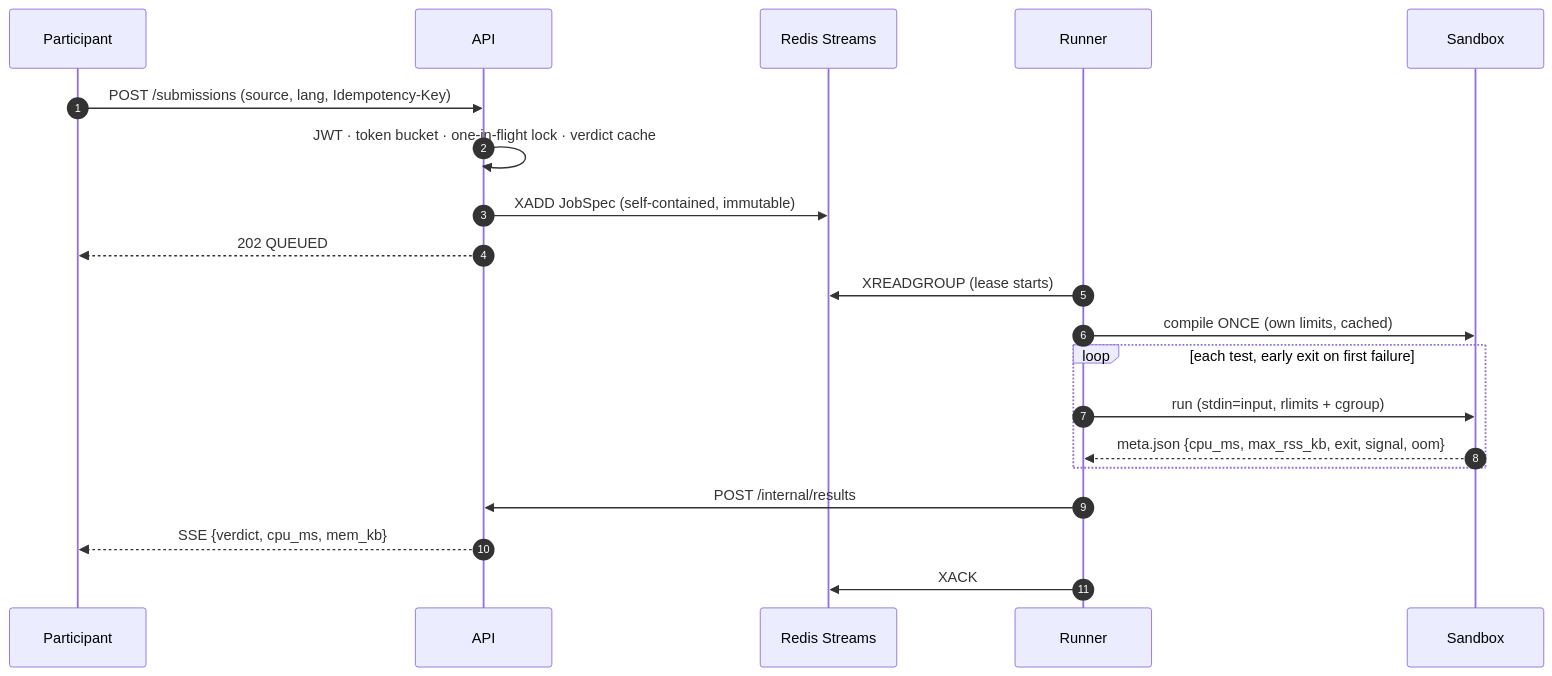
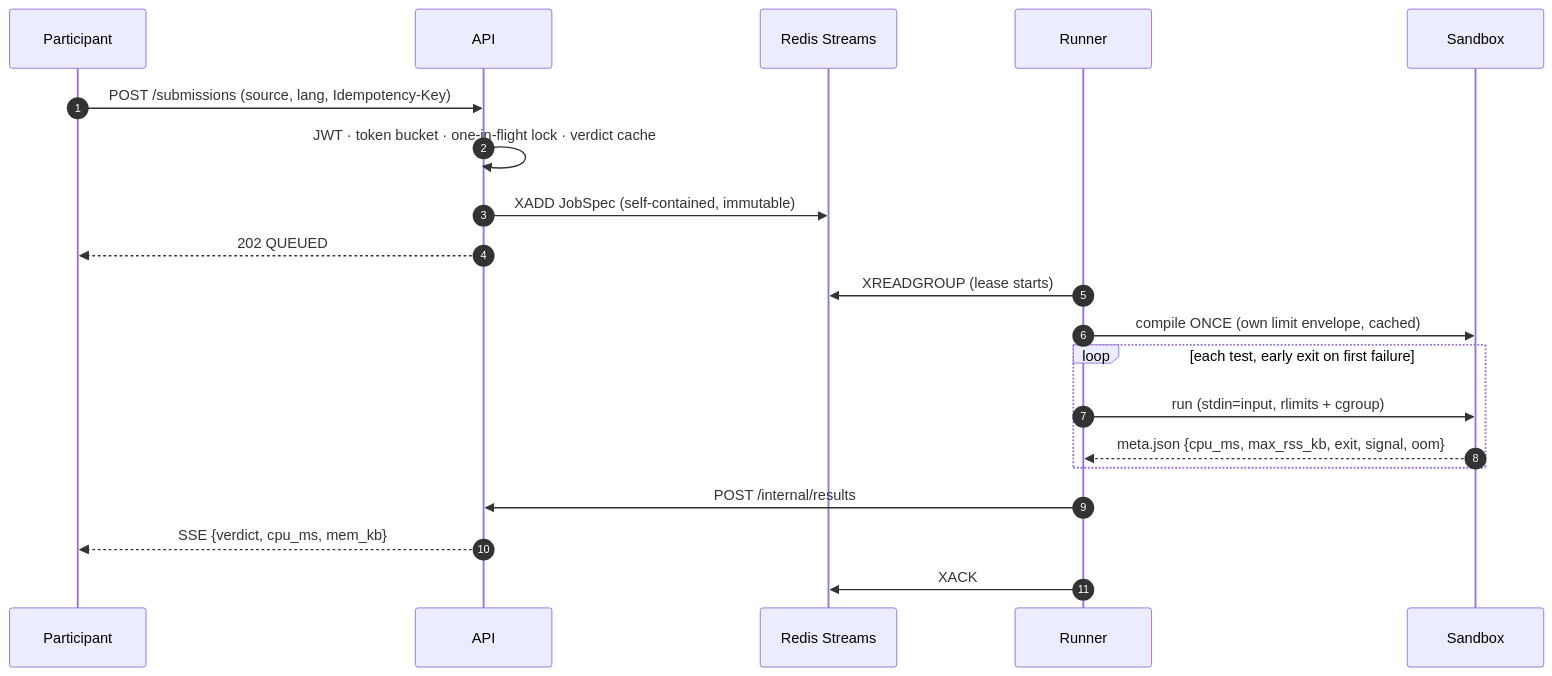
Before and after one commit to AnishPrakash/arena: the second of 4 diagrams in README.md, drawn with Mermaid. The commit also changed other lines of this file and 1 other file, not shown here.

````diff
--- a/README.md
+++ b/README.md
@@ -117,23 +133,23 @@
 ```mermaid
 sequenceDiagram
     autonumber
     participant U as Participant
     participant A as API
     participant Q as Redis Streams
     participant R as Runner
     participant S as Sandbox
 
     U->>A: POST /submissions (source, lang, Idempotency-Key)
     A->>A: JWT · token bucket · one-in-flight lock · verdict cache
     A->>Q: XADD JobSpec (self-contained, immutable)
     A-->>U: 202 QUEUED
     R->>Q: XREADGROUP (lease starts)
-    R->>S: compile ONCE (own limits, cached)
+    R->>S: compile ONCE (own limit envelope, cached)
     loop each test, early exit on first failure
         R->>S: run (stdin=input, rlimits + cgroup)
         S-->>R: meta.json {cpu_ms, max_rss_kb, exit, signal, oom}
     end
     R->>A: POST /internal/results
     A-->>U: SSE {verdict, cpu_ms, mem_kb}
     R->>Q: XACK
 ```
````
